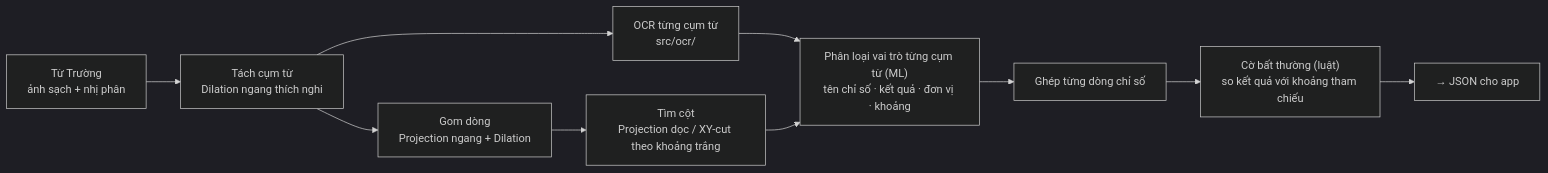
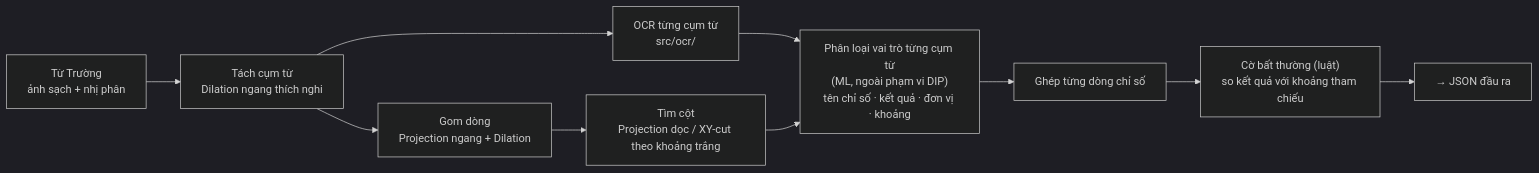
Before and after one commit to KhangDaoz/dip: the diagram in team/KeHoach_Khang.md, drawn with Mermaid (dark theme). The commit also changed other lines of this file and 151 other files, not shown here.

````diff
--- a/team/KeHoach_Khang.md
+++ b/team/KeHoach_Khang.md
@@ -20,12 +18,12 @@
 ```mermaid
 flowchart LR
     T["Từ Trường<br>ảnh sạch + nhị phân"] --> W["Tách cụm từ<br>Dilation ngang thích nghi"]
     W --> O["OCR từng cụm từ<br>src/ocr/"]
     W --> R["Gom dòng<br>Projection ngang + Dilation"]
     R --> C["Tìm cột<br>Projection dọc / XY-cut theo khoảng trắng"]
-    O --> ML["Phân loại vai trò từng cụm từ (ML)<br>tên chỉ số · kết quả · đơn vị · khoảng"]
+    O --> ML["Phân loại vai trò từng cụm từ<br>(ML, ngoài phạm vi DIP)<br>tên chỉ số · kết quả · đơn vị · khoảng"]
     C --> ML
     ML --> J["Ghép từng dòng chỉ số"]
     J --> F["Cờ bất thường (luật)<br>so kết quả với khoảng tham chiếu"]
-    F --> A["→ JSON cho app"]
+    F --> A["→ JSON đầu ra"]
 ```
````
